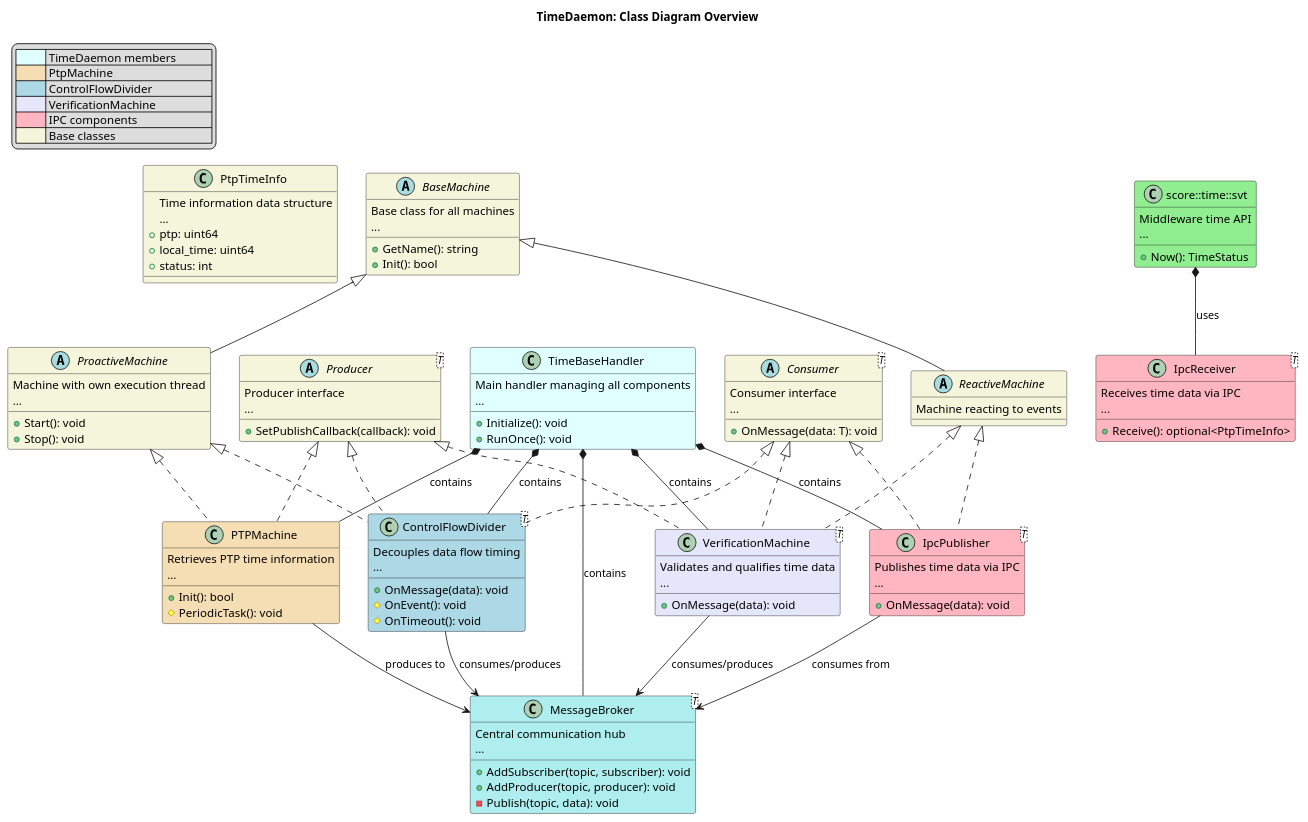
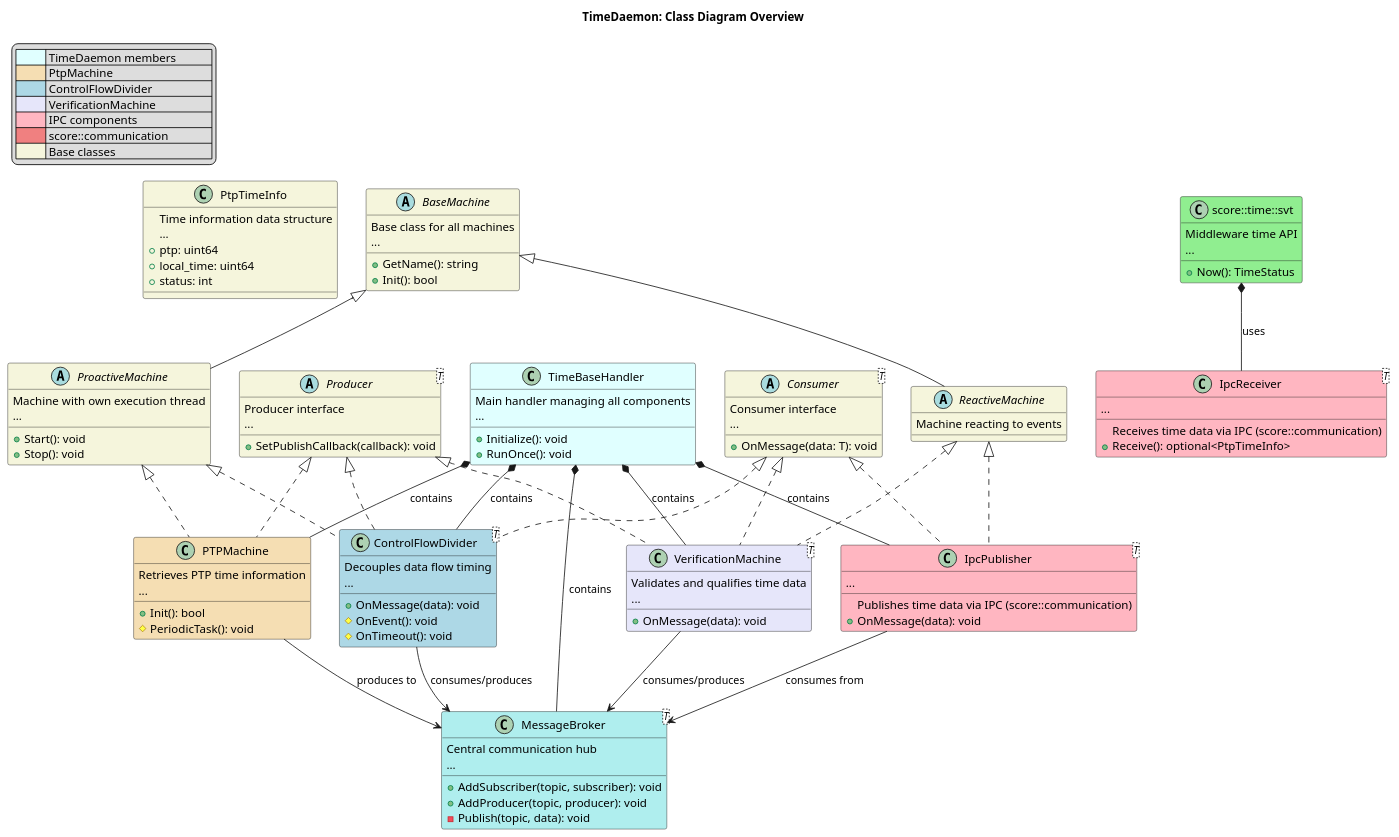
One commit to lavrovvalera/inc_time changed the diagram in docs/time/_assets/dd_class.puml. Above: the diagram before and after it, drawn with PlantUML. The commit also changed 8 other files, not shown here.

```diff
--- a/docs/time/_assets/dd_class.puml
+++ b/docs/time/_assets/dd_class.puml
@@ -1,135 +1,136 @@
 @startuml dd_class_diagram
 
 title TimeDaemon: Class Diagram Overview
 
 legend top left
     | <#LightCyan>      | TimeDaemon members            |
     | <#Wheat>          | PtpMachine                    |
     | <#LightBlue>      | ControlFlowDivider            |
     | <#Lavender>       | VerificationMachine           |
     | <#LightPink>      | IPC components                |
+    | <#LightCoral>     | score::communication          |
     | <#Beige>          | Base classes                  |
 endlegend
 
 class "PtpTimeInfo" as time_info #Beige {
     Time information data structure
     ...
     +ptp: uint64
     +local_time: uint64
     +status: int
 }
 
 class "TimeBaseHandler" as tb_handler #LightCyan {
     Main handler managing all components
     ...
     +Initialize(): void
     +RunOnce(): void
 }
 
 class "MessageBroker<T>" as msg_broker #PaleTurquoise {
     Central communication hub
     ...
     +AddSubscriber(topic, subscriber): void
     +AddProducer(topic, producer): void
     -Publish(topic, data): void
 }
 
 abstract class "BaseMachine" as base_machine #Beige {
     Base class for all machines
     ...
     +GetName(): string
     +Init(): bool
 }
 
 abstract class "Consumer<T>" as consumer #Beige {
     Consumer interface
     ...
     +OnMessage(data: T): void
 }
 
 abstract class "Producer<T>" as producer #Beige {
     Producer interface
     ...
     +SetPublishCallback(callback): void
 }
 
 abstract class "ProactiveMachine" as proactive_machine #Beige {
     Machine with own execution thread
     ...
     +Start(): void
     +Stop(): void
 }
 
 abstract class "ReactiveMachine" as reactive_machine #Beige {
     Machine reacting to events
 }
 
 class "PTPMachine" as ptp_machine #Wheat {
     Retrieves PTP time information
     ...
     +Init(): bool
     #PeriodicTask(): void
 }
 
 class "ControlFlowDivider<T>" as control_flow_divider #LightBlue {
     Decouples data flow timing
     ...
     +OnMessage(data): void
     #OnEvent(): void
     #OnTimeout(): void
 }
 
 class "VerificationMachine<T>" as ver_machine #Lavender {
     Validates and qualifies time data
     ...
     +OnMessage(data): void
 }
 
 class "IpcPublisher<T>" as ipc_publisher #LightPink {
-    Publishes time data via IPC
+    Publishes time data via IPC (score::communication)
     ...
     +OnMessage(data): void
 }
 
 class "IpcReceiver<T>" as ipc_receiver #LightPink {
-    Receives time data via IPC
+    Receives time data via IPC (score::communication)
     ...
     +Receive(): optional<PtpTimeInfo>
 }
 
 class "score::time::svt" as mw_svt #LightGreen {
     Middleware time API
     ...
     +Now(): TimeStatus
 }
 
 base_machine <|-- proactive_machine
 base_machine <|-- reactive_machine
 
 proactive_machine <|.. ptp_machine
 proactive_machine <|.. control_flow_divider
 reactive_machine <|.. ver_machine
 reactive_machine <|.. ipc_publisher
 
 consumer <|.. control_flow_divider
 consumer <|.. ver_machine
 consumer <|.. ipc_publisher
 
 producer <|.. ptp_machine
 producer <|.. control_flow_divider
 producer <|.. ver_machine
 
 ptp_machine --> msg_broker : produces to
 control_flow_divider --> msg_broker : consumes/produces
 ver_machine --> msg_broker : consumes/produces
 ipc_publisher --> msg_broker : consumes from
 
 mw_svt *-- ipc_receiver : uses
 
 tb_handler *-- msg_broker : contains
 tb_handler *-- ptp_machine : contains
 tb_handler *-- control_flow_divider : contains
 tb_handler *-- ver_machine : contains
 tb_handler *-- ipc_publisher : contains
 
 @enduml
```
